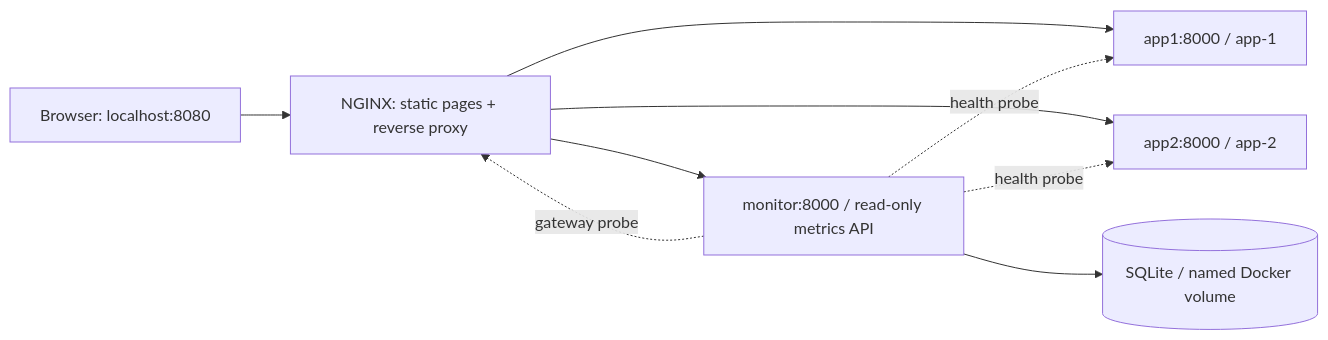
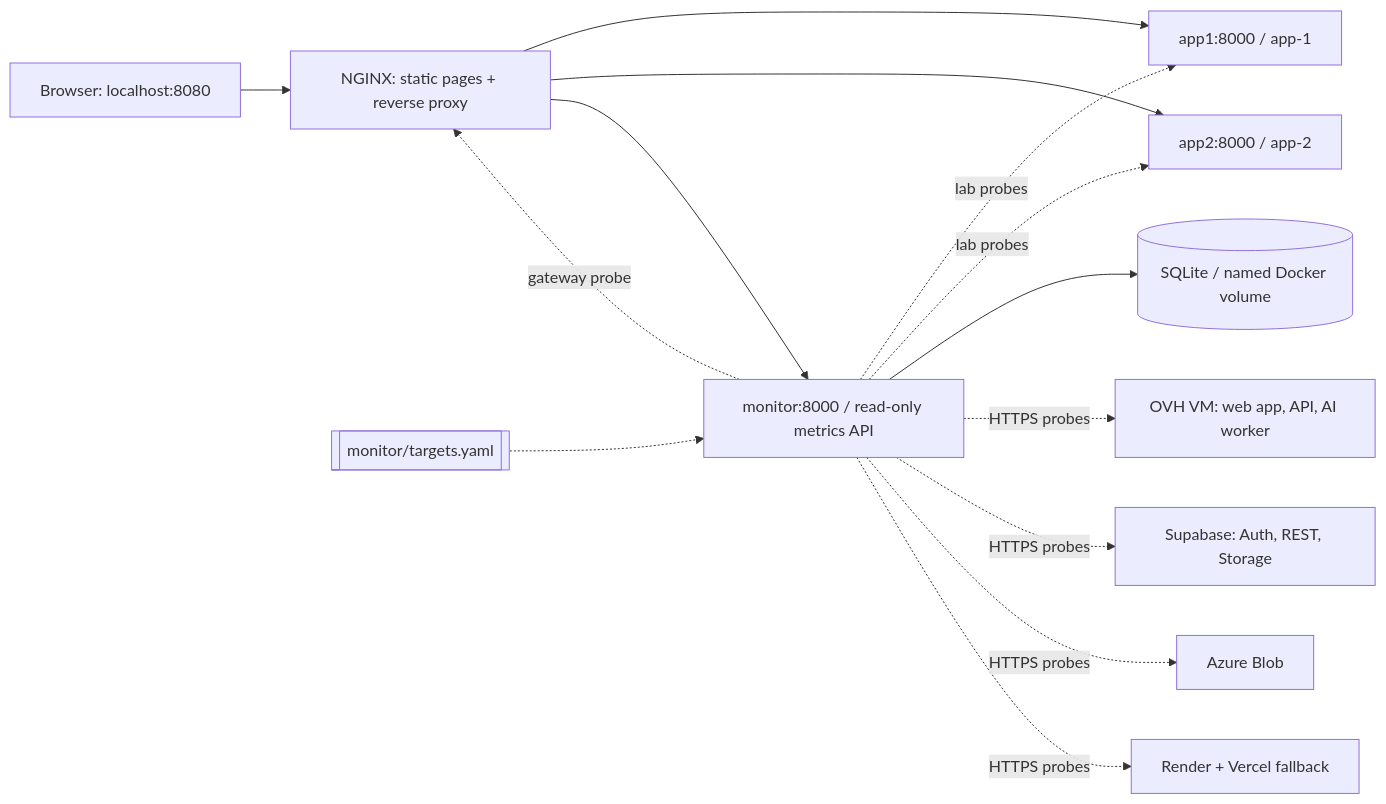
The diagram in README.md (manamritsingh18/CloudGuard), drawn with Mermaid before and after one commit. The commit also changed other lines of this file and 30 other files, not shown here.

First line of the commit message:
Monitor RoadWatch.AI across clouds with configurable targets and SLOs

````diff
--- a/README.md
+++ b/README.md
@@ -39,11 +45,16 @@
 ```mermaid
 flowchart LR
     B[Browser: localhost:8080] --> N[NGINX: static pages + reverse proxy]
     N --> A1[app1:8000 / app-1]
     N --> A2[app2:8000 / app-2]
     N --> M[monitor:8000 / read-only metrics API]
-    M -. health probe .-> A1
-    M -. health probe .-> A2
+    M -. lab probes .-> A1
+    M -. lab probes .-> A2
     M -. gateway probe .-> N
     M --> DB[(SQLite / named Docker volume)]
+    T[[monitor/targets.yaml]] -.-> M
+    M -. HTTPS probes .-> OVH[OVH VM: web app, API, AI worker]
+    M -. HTTPS probes .-> SB[Supabase: Auth, REST, Storage]
+    M -. HTTPS probes .-> AZ[Azure Blob]
+    M -. HTTPS probes .-> DR[Render + Vercel fallback]
 ```
````
